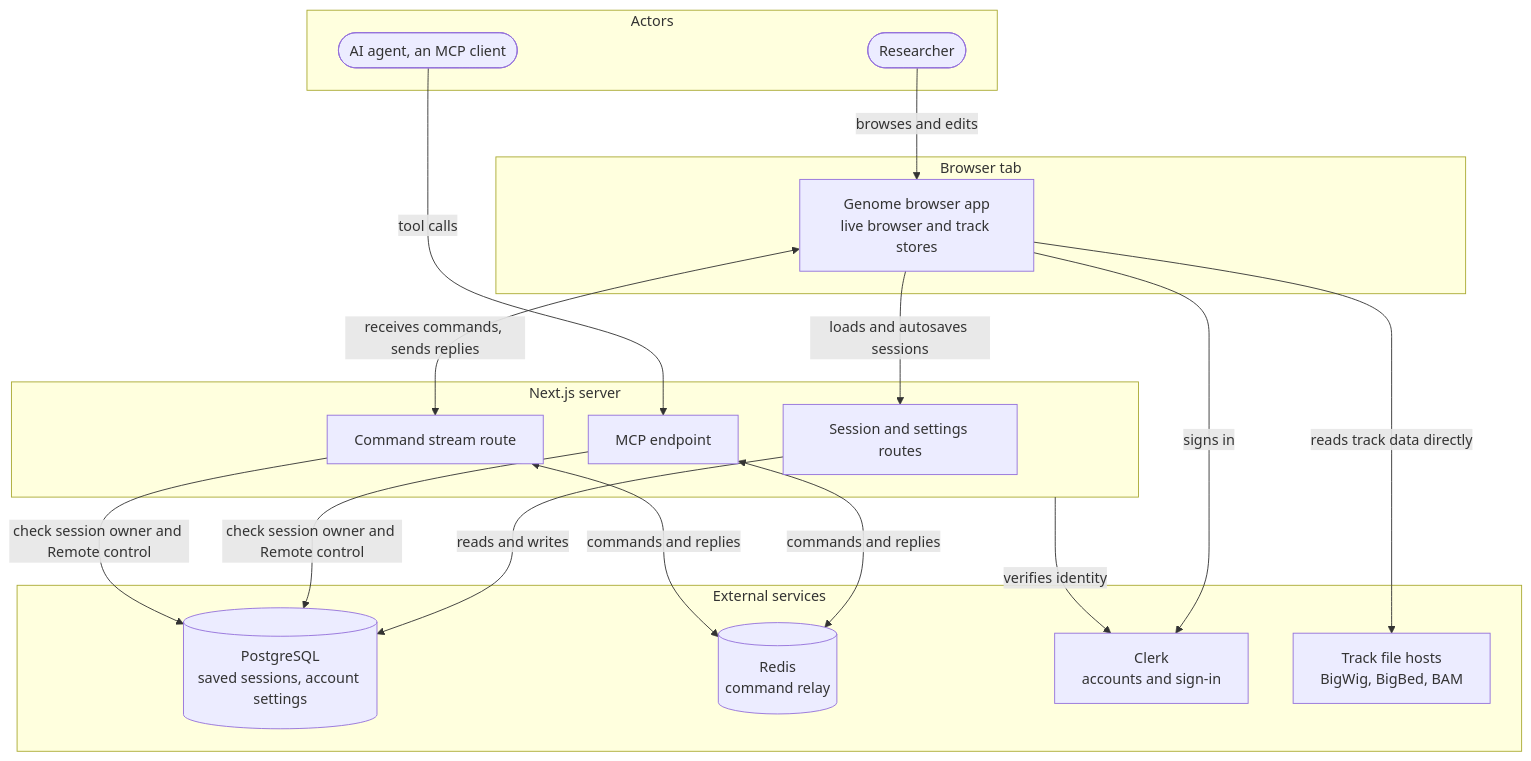
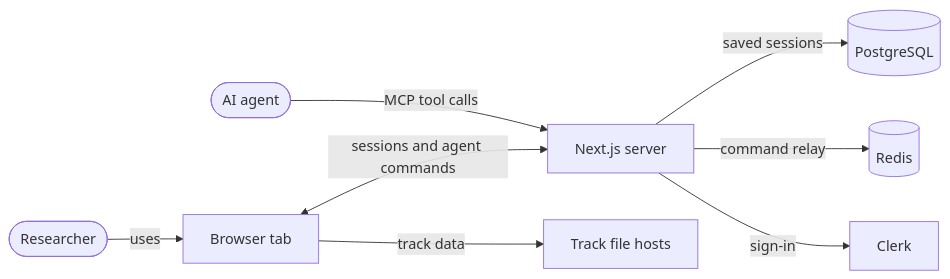
Before and after one commit to weng-lab/genomebrowser: the diagram in apps/web/README.md, drawn with Mermaid.

Commit message:
Simplify the web app system diagram

````diff
--- a/apps/web/README.md
+++ b/apps/web/README.md
@@ -5,38 +5,10 @@
 ```mermaid
-flowchart TB
-  subgraph Actors
-    User([Researcher])
-    Agent([AI agent, an MCP client])
-  end
-
-  subgraph Browser[Browser tab]
-    App[Genome browser app<br/>live browser and track stores]
-  end
-
-  subgraph Server[Next.js server]
-    Routes[Session and settings routes]
-    MCP[MCP endpoint]
-    Stream[Command stream route]
-  end
-
-  subgraph Services[External services]
-    Postgres[(PostgreSQL<br/>saved sessions, account settings)]
-    Redis[(Redis<br/>command relay)]
-    Clerk[Clerk<br/>accounts and sign-in]
-    Files[Track file hosts<br/>BigWig, BigBed, BAM]
-  end
-
-  User -->|browses and edits| App
-  Agent -->|tool calls| MCP
-
-  App -->|loads and autosaves sessions| Routes
-  App <-->|receives commands, sends replies| Stream
-  App -->|reads track data directly| Files
-  App -->|signs in| Clerk
-
-  Routes -->|reads and writes| Postgres
-  MCP & Stream -->|check session owner and Remote control| Postgres
-  MCP <-->|commands and replies| Redis
-  Stream <-->|commands and replies| Redis
-  Server -->|verifies identity| Clerk
+flowchart LR
+  User([Researcher]) -->|uses| Tab[Browser tab]
+  Agent([AI agent]) -->|MCP tool calls| Server[Next.js server]
+  Tab <-->|sessions and agent commands| Server
+  Tab -->|track data| Files[Track file hosts]
+  Server -->|saved sessions| Postgres[(PostgreSQL)]
+  Server -->|command relay| Redis[(Redis)]
+  Server -->|sign-in| Clerk[Clerk]
 ```
````
